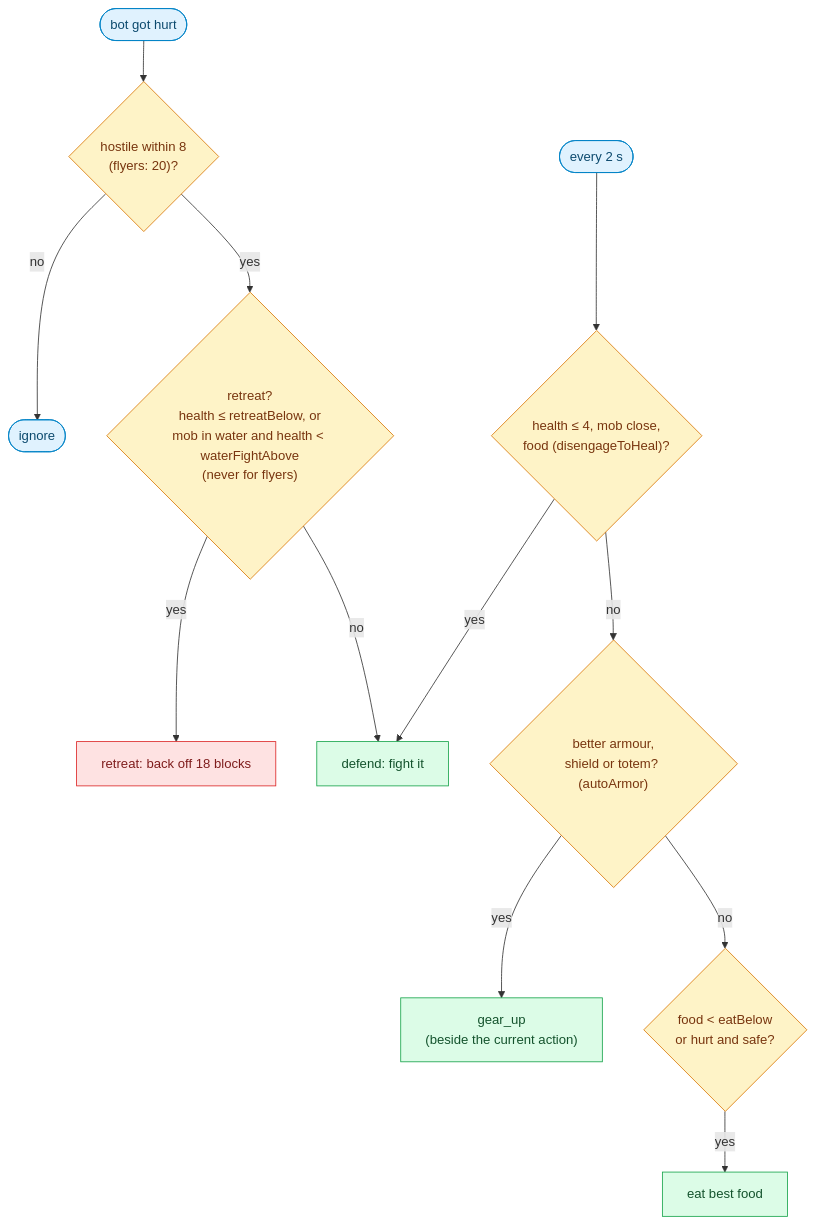
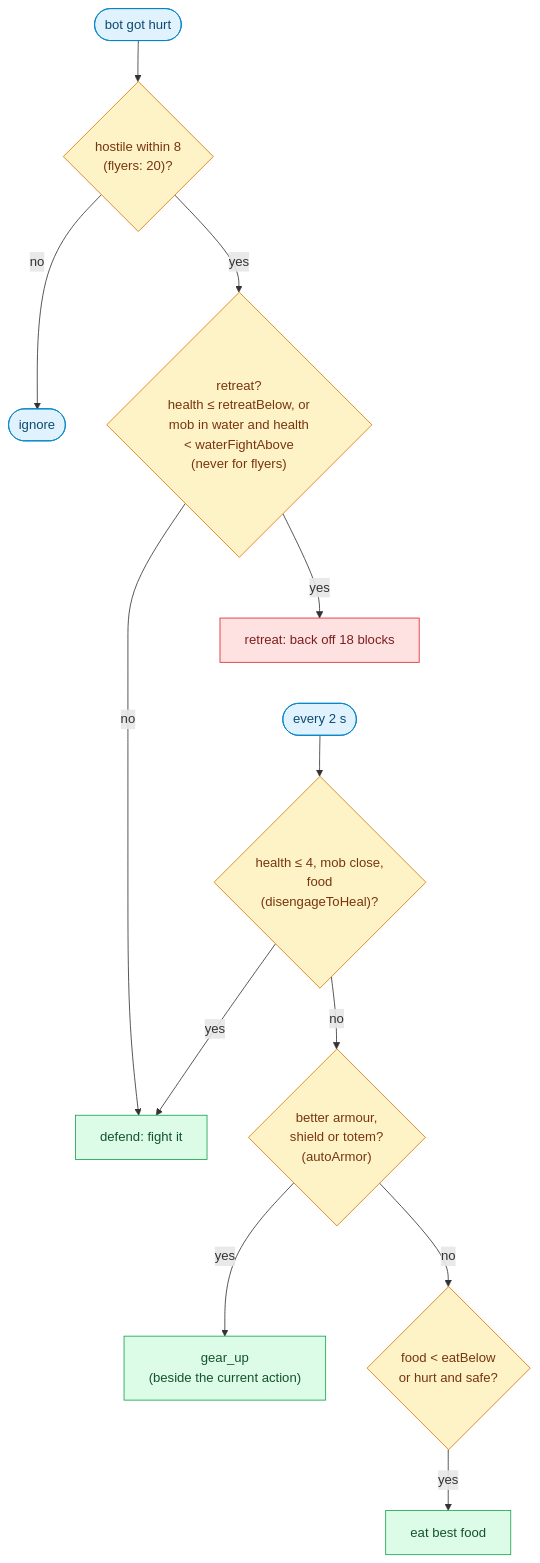
One commit to thereisnotime/golemkit changed the fifth of 5 diagrams in docs/concepts/world.md. Above: the diagram before and after it, drawn with Mermaid. The commit also changed other lines of this file and 20 other files, not shown here.

First line of the commit message:
Docs: replace the last ASCII diagrams with mermaid, make wide charts top-down to fit the column

````diff
--- a/docs/concepts/world.md
+++ b/docs/concepts/world.md
@@ -205,23 +229,24 @@
 ```mermaid
 flowchart TB
   H(["bot got hurt"]) --> M{"hostile within 8<br/>(flyers: 20)?"}
   M -- no --> X(["ignore"])
-  M -- yes --> R{"retreat?<br/>health ≤ retreatBelow, or<br/>mob in water and health &lt; waterFightAbove<br/>(never for flyers)"}
+  M -- yes --> R{"retreat?<br/>health ≤ retreatBelow, or<br/>mob in water and health<br/>&lt; waterFightAbove<br/>(never for flyers)"}
   R -- yes --> RT["retreat: back off 18 blocks"]
   R -- no --> DF["defend: fight it"]
-  T(["every 2 s"]) --> LOW{"health ≤ 4, mob close,<br/>food (disengageToHeal)?"}
+  T(["every 2 s"]) --> LOW{"health ≤ 4, mob close,<br/>food<br/>(disengageToHeal)?"}
   LOW -- yes --> DF
-  LOW -- no --> G{"better armour,<br/>shield or totem? (autoArmor)"}
+  LOW -- no --> G{"better armour,<br/>shield or totem?<br/>(autoArmor)"}
   G -- yes --> GU["gear_up<br/>(beside the current action)"]
   G -- no --> E{"food &lt; eatBelow<br/>or hurt and safe?"}
   E -- yes --> EAT["eat best food"]
+  RT ~~~ T
   classDef a fill:#e0f2fe,stroke:#0284c7,color:#0c4a6e
   classDef d fill:#fef3c7,stroke:#d97706,color:#78350f
   classDef g fill:#dcfce7,stroke:#16a34a,color:#14532d
   classDef r fill:#fee2e2,stroke:#dc2626,color:#7f1d1d
   class H,T a
   class M,R,E,LOW,G d
   class DF,EAT,GU g
   class RT r
   class X a
 ```
````
